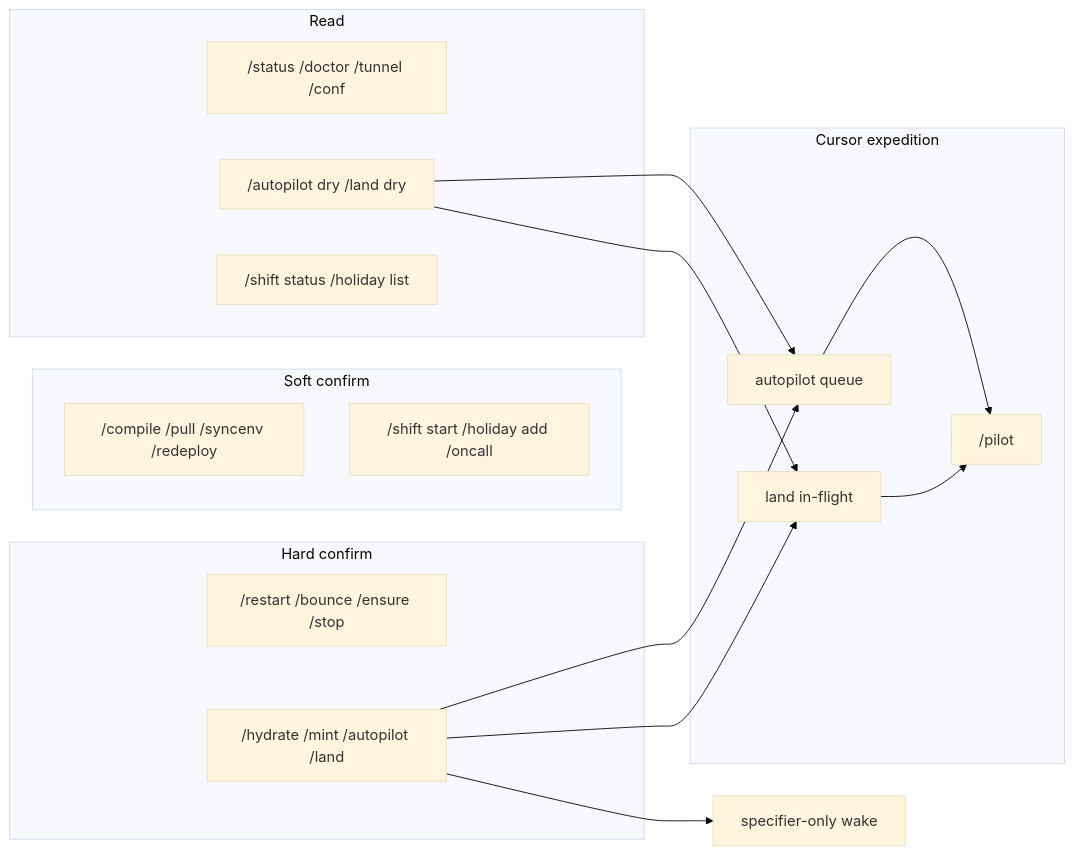
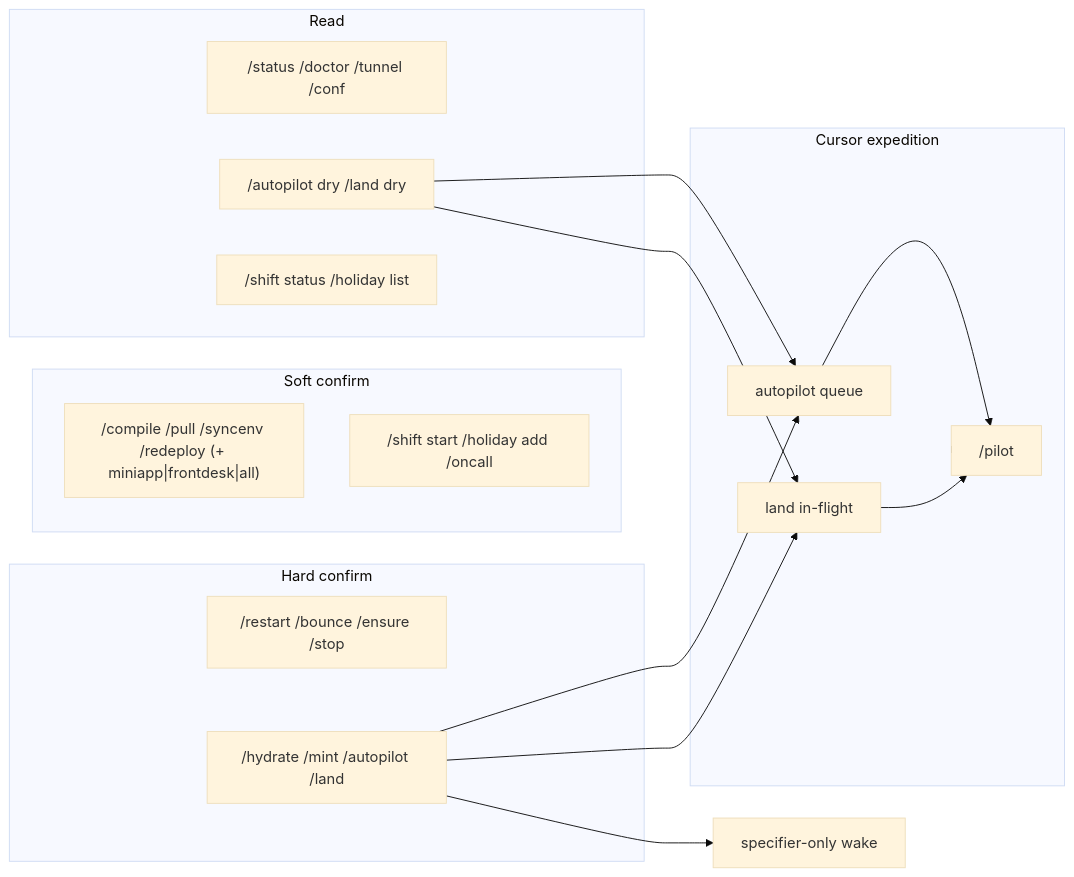
One commit to ldecorps/swarmforgevc changed the diagram in docs/diagrams/operator-command-surface.mmd. Above: the diagram before and after it, drawn with Mermaid (base theme). The commit also changed 7 other files, not shown here.

Commit message:
docs(BL-710): redeploy frontdesk + all operator verbs. By documenter.

```diff
--- a/docs/diagrams/operator-command-surface.mmd
+++ b/docs/diagrams/operator-command-surface.mmd
@@ -1,28 +1,28 @@
 %% BL-698 / BL-704 — operator command surface map
 flowchart LR
   subgraph read [Read]
     status["/status /doctor /tunnel /conf"]
     dry["/autopilot dry /land dry"]
     shiftStatus["/shift status /holiday list"]
   end
   subgraph soft [Soft confirm]
-    softV["/compile /pull /syncenv /redeploy"]
+    softV["/compile /pull /syncenv /redeploy (+ miniapp|frontdesk|all)"]
     policy["/shift start /holiday add /oncall"]
   end
   subgraph hard [Hard confirm]
     life["/restart /bounce /ensure /stop"]
     batch["/hydrate /mint /autopilot /land"]
   end
   subgraph pilot [Cursor expedition]
     p["/pilot"]
     ap["autopilot queue"]
     land["land in-flight"]
   end
   dry --> ap
   dry --> land
   batch --> ap
   batch --> land
   batch --> hydrate["specifier-only wake"]
   p --> pilot
   ap --> p
   land --> p
```
